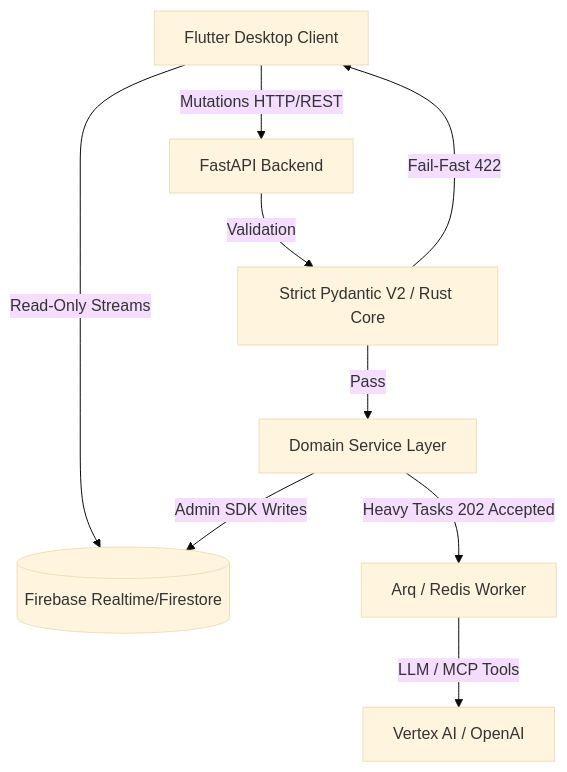
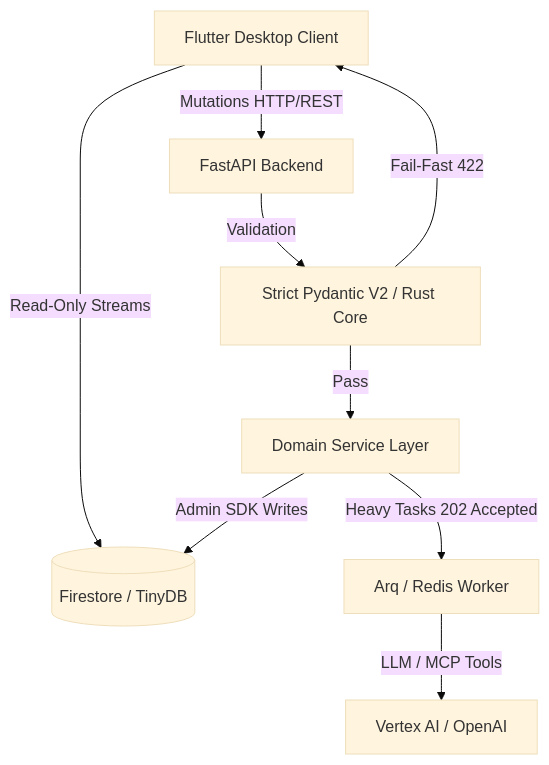
One commit to launis/quorum changed the diagram in docs/architecture/00_executive_summary.md. Above: the diagram before and after it, drawn with Mermaid (base theme). The commit also changed other lines of this file and 15 other files, not shown here.

Commit message:
docs: establish project documentation, architecture guidelines, and agent-based development workflows for the V2 system.

````diff
--- a/docs/architecture/00_executive_summary.md
+++ b/docs/architecture/00_executive_summary.md
@@ -26,11 +25,11 @@
 ```mermaid
 graph TD
-    UI[Flutter Desktop Client] -->|Read-Only Streams| FB[(Firebase Realtime/Firestore)]
+    UI[Flutter Desktop Client] -->|Read-Only Streams| FB[(Firestore / TinyDB)]
     UI -->|Mutations HTTP/REST| API[FastAPI Backend]
     API -->|Validation| PYD[Strict Pydantic V2 / Rust Core]
     PYD -->|Pass| SERV[Domain Service Layer]
     PYD -->|Fail-Fast 422| UI
     SERV -->|Heavy Tasks 202 Accepted| ARQ[Arq / Redis Worker]
     SERV -->|Admin SDK Writes| FB
     ARQ -->|LLM / MCP Tools| LLM[Vertex AI / OpenAI]
 ```
````
